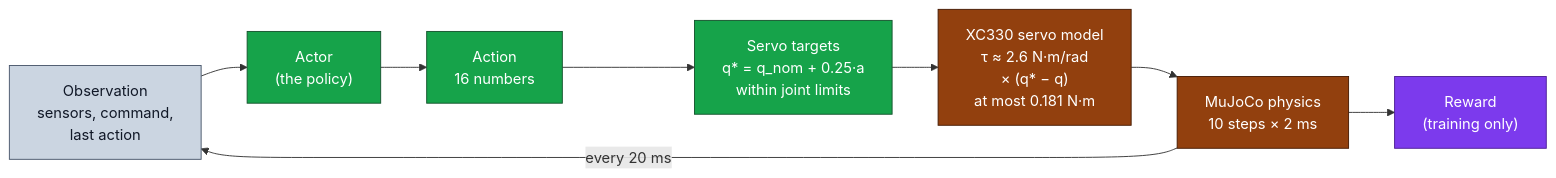
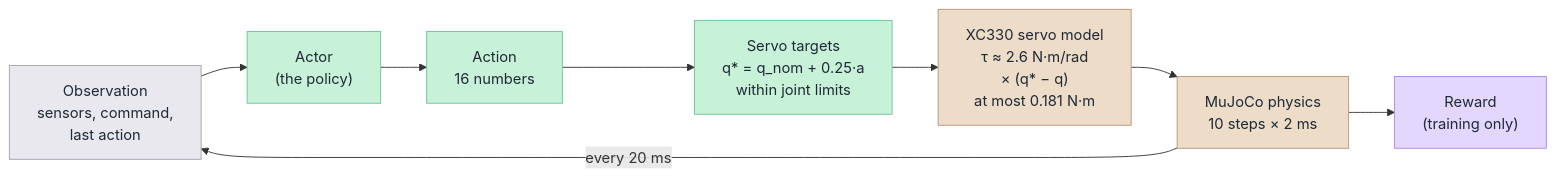
One commit to BrikHMP18/walking-leap changed the second of 8 diagrams in docs/rl_notes.md. Above: the diagram before and after it, drawn with Mermaid. The commit also changed other lines of this file and 3 other files, not shown here.

````diff
--- a/docs/rl_notes.md
+++ b/docs/rl_notes.md
@@ -33,19 +84,19 @@
 ```mermaid
 %%{init: {"flowchart": {"wrappingWidth": 400}}}%%
 flowchart LR
   sense["Observation<br/>sensors, command,<br/>last action"] --> pol["Actor<br/>(the policy)"]
   pol --> act["Action<br/>16 numbers"]
   act --> tgt["Servo targets<br/>q* = q_nom + 0.25·a<br/>within joint limits"]
   tgt --> srv["XC330 servo model<br/>τ ≈ 2.6 N·m/rad<br/>× (q* − q)<br/>at most 0.181 N·m"]
   srv --> phy["MuJoCo physics<br/>10 steps × 2 ms"]
   phy -->|"every 20 ms"| sense
   phy --> rew["Reward<br/>(training only)"]
-  classDef kMem fill:#cbd5e1,stroke:#475569,color:#111827
-  classDef kActor fill:#16a34a,stroke:#14532d,color:#ffffff
-  classDef kEnv fill:#92400e,stroke:#451a03,color:#ffffff
-  classDef kCritic fill:#7c3aed,stroke:#4c1d95,color:#ffffff
+  classDef kMem fill:#e8e8ee,stroke:#a3a3b2,color:#1f2937
+  classDef kActor fill:#c8f2d8,stroke:#6cc49a,color:#1f2937
+  classDef kEnv fill:#ecdcc8,stroke:#b8977a,color:#1f2937
+  classDef kCritic fill:#e3d7ff,stroke:#a98be6,color:#1f2937
   class sense kMem
   class pol,act,tgt kActor
   class srv,phy kEnv
   class rew kCritic
 ```
````
